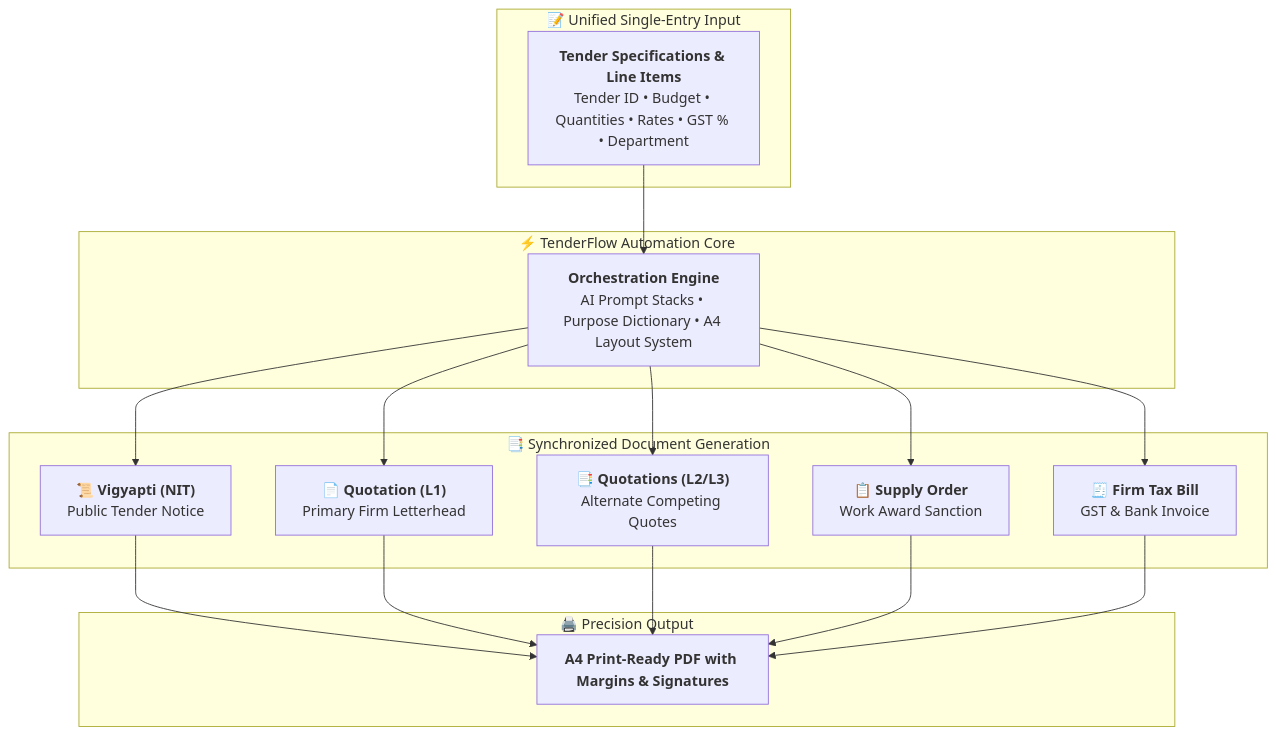
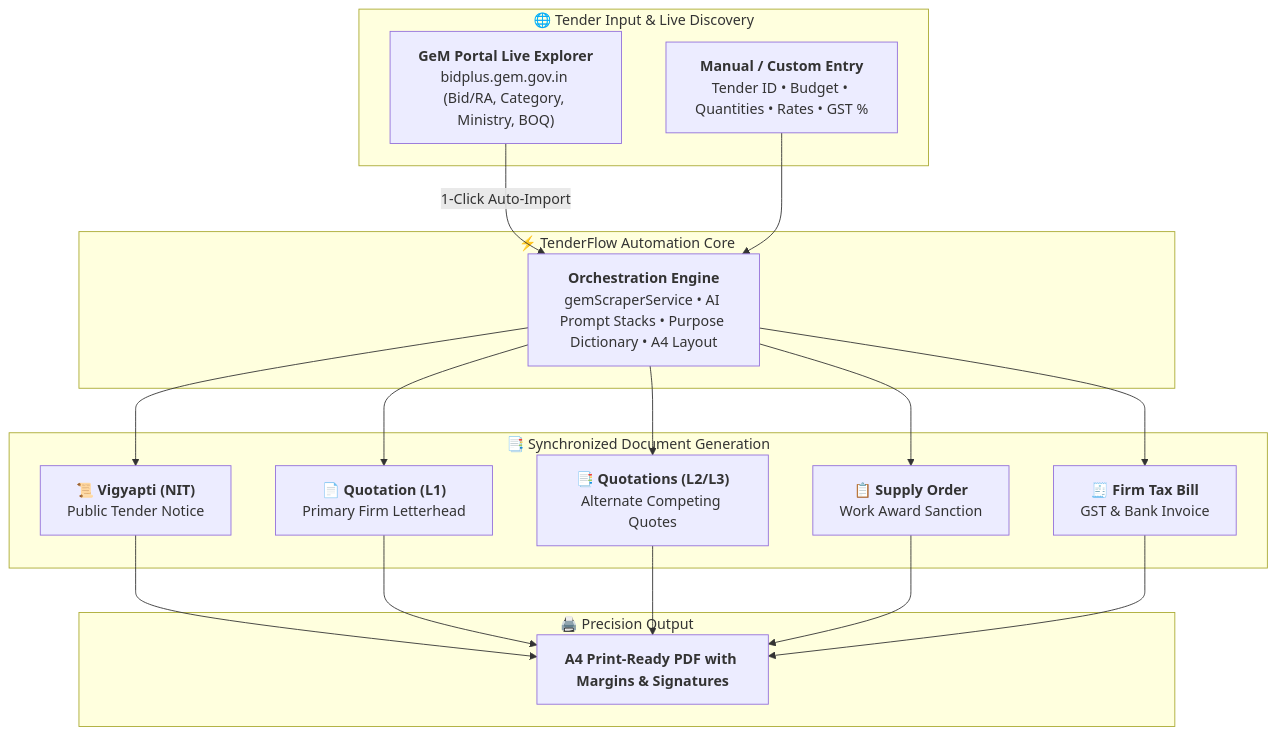
One commit to Magraa/TenderFlow-AI changed the first of 7 diagrams in README.md. Above: the diagram before and after it, drawn with Mermaid. The commit also changed other lines of this file and 11 other files, not shown here.

Commit message:
feat: add GeM (Government e-Marketplace) live tender explorer & 1-click importer with comprehensive documentation

````diff
--- a/README.md
+++ b/README.md
@@ -49,30 +49,32 @@
 ```mermaid
 flowchart TD
-    subgraph INPUT ["📝 Unified Single-Entry Input"]
-        T["<b>Tender Specifications & Line Items</b><br/>Tender ID • Budget • Quantities • Rates • GST % • Department"]
+    subgraph SOURCES ["🌐 Tender Input & Live Discovery"]
+        G["<b>GeM Portal Live Explorer</b><br/>bidplus.gem.gov.in (Bid/RA, Category, Ministry, BOQ)"]
+        M["<b>Manual / Custom Entry</b><br/>Tender ID • Budget • Quantities • Rates • GST %"]
     end
 
     subgraph ENGINE ["⚡ TenderFlow Automation Core"]
-        O["<b>Orchestration Engine</b><br/>AI Prompt Stacks • Purpose Dictionary • A4 Layout System"]
+        O["<b>Orchestration Engine</b><br/>gemScraperService • AI Prompt Stacks • Purpose Dictionary • A4 Layout"]
     end
 
     subgraph OUTPUTS ["📑 Synchronized Document Generation"]
         D1["📜 <b>Vigyapti (NIT)</b><br/>Public Tender Notice"]
         D2["📄 <b>Quotation (L1)</b><br/>Primary Firm Letterhead"]
         D3["📑 <b>Quotations (L2/L3)</b><br/>Alternate Competing Quotes"]
         D4["📋 <b>Supply Order</b><br/>Work Award Sanction"]
         D5["🧾 <b>Firm Tax Bill</b><br/>GST & Bank Invoice"]
     end
 
     subgraph EXPORT ["🖨️ Precision Output"]
         P["<b>A4 Print-Ready PDF with Margins & Signatures</b>"]
     end
 
-    T --> O
+    G -->|1-Click Auto-Import| O
+    M --> O
     O --> D1
     O --> D2
     O --> D3
     O --> D4
     O --> D5
     D1 & D2 & D3 & D4 & D5 --> P
 ```
````
